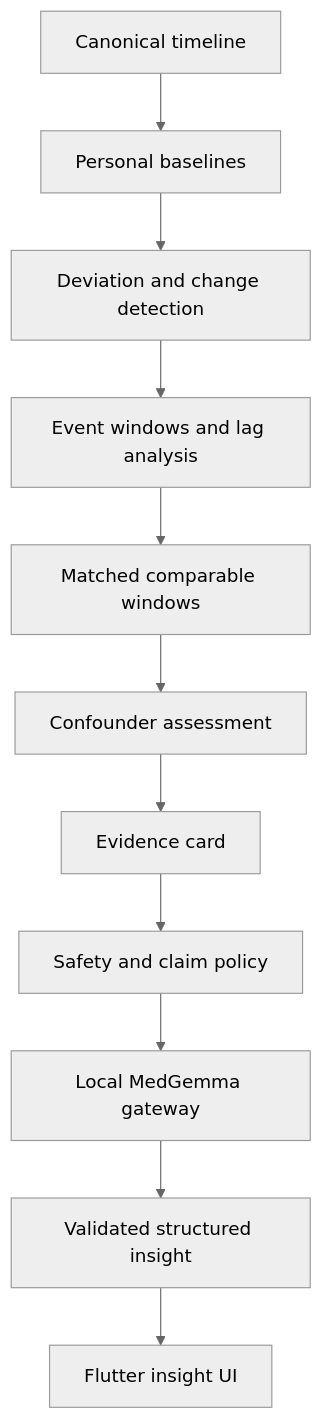
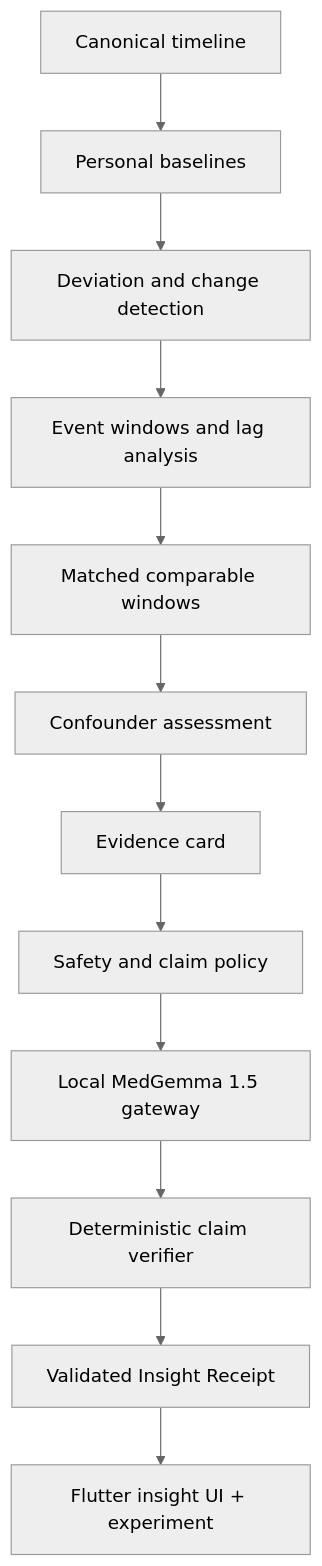
The sixth of 8 diagrams in HEALTH_OS_HACKATHON_PLAN.md (crixalis17/vueniverse), drawn with Mermaid (neutral theme) before and after one commit. The commit also changed other lines of this file and 85 other files, not shown here.

````diff
--- a/HEALTH_OS_HACKATHON_PLAN.md
+++ b/HEALTH_OS_HACKATHON_PLAN.md
@@ -313,13 +777,14 @@
 ```mermaid
 flowchart TD
     T[Canonical timeline] --> B[Personal baselines]
     B --> A[Deviation and change detection]
     A --> W[Event windows and lag analysis]
     W --> M[Matched comparable windows]
     M --> C[Confounder assessment]
     C --> E[Evidence card]
     E --> P[Safety and claim policy]
-    P --> L[Local MedGemma gateway]
-    L --> J[Validated structured insight]
-    J --> U[Flutter insight UI]
+    P --> L[Local MedGemma 1.5 gateway]
+    L --> V[Deterministic claim verifier]
+    V --> J[Validated Insight Receipt]
+    J --> U[Flutter insight UI + experiment]
 ```
````
